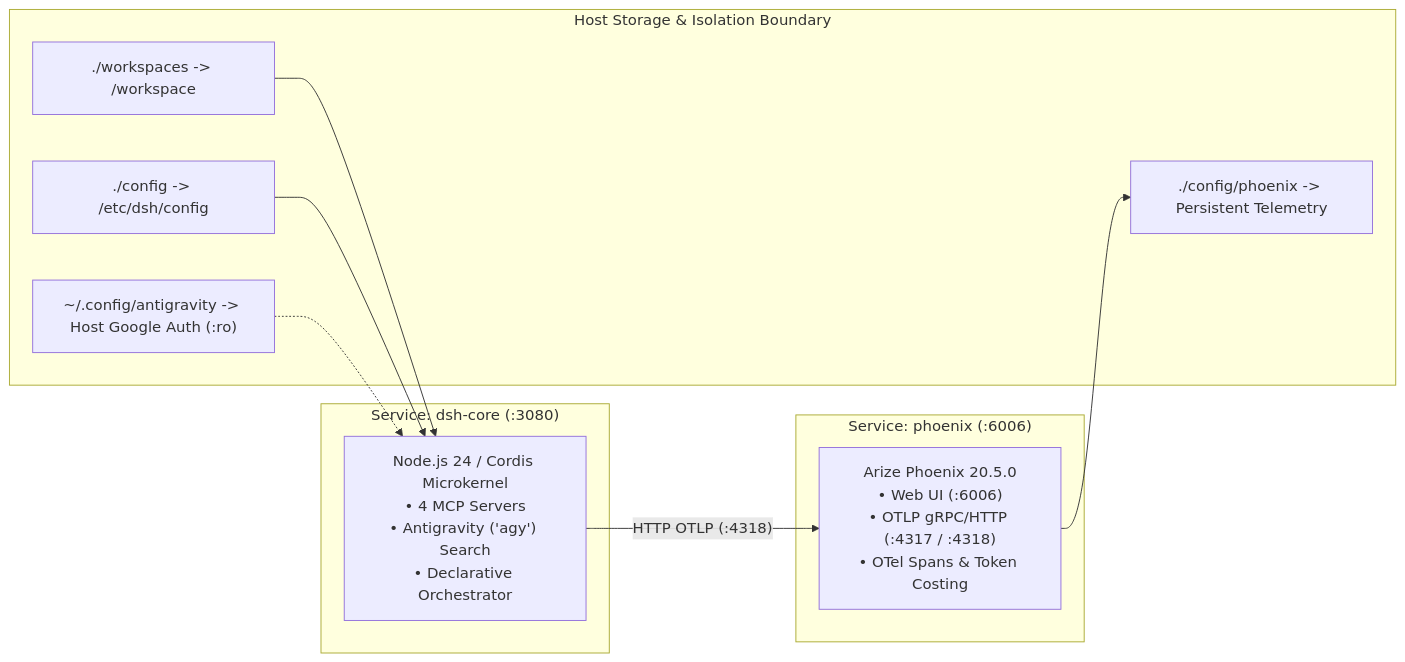
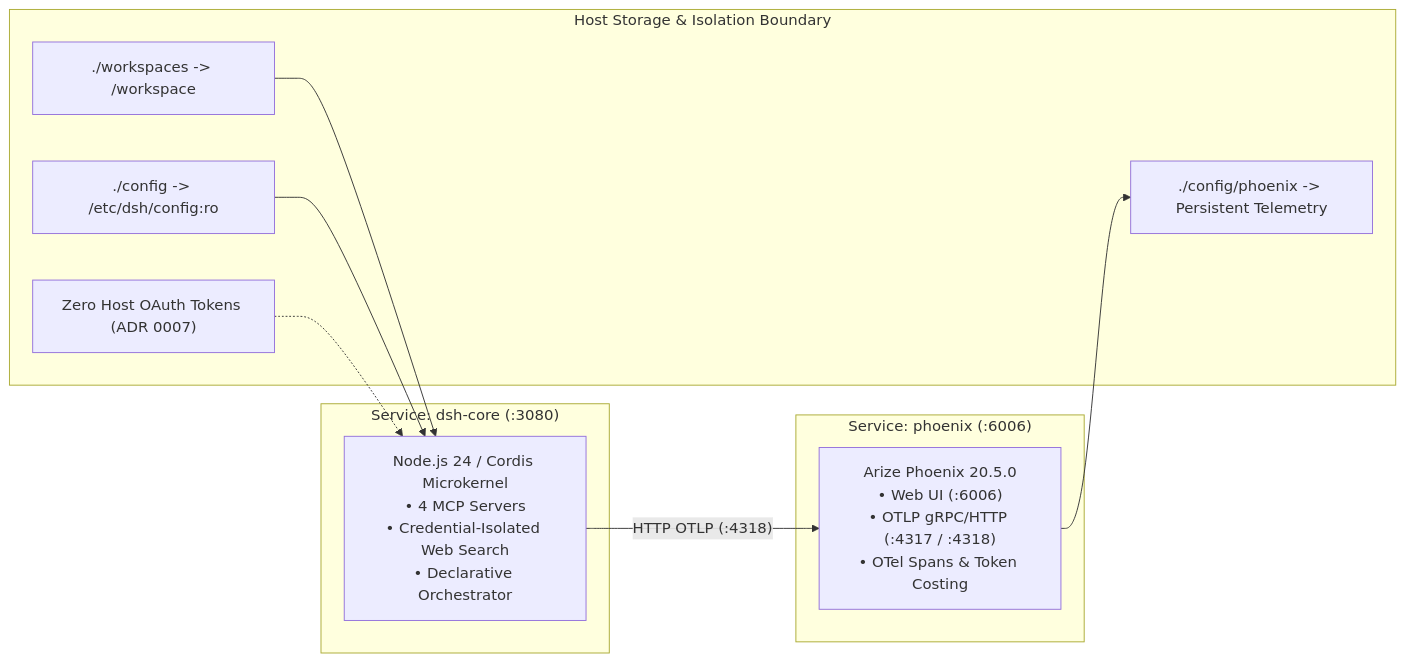
Before and after one commit to hdjebar/DSH-DDS: the diagram in docs/future-development/README.md, drawn with Mermaid. The commit also changed other lines of this file and 3 other files, not shown here.

Commit message:
docs(adr): adopt ADR 0007 rejecting in-container Antigravity CLI and enforcing credential-isolated search

````diff
--- a/docs/future-development/README.md
+++ b/docs/future-development/README.md
@@ -56,23 +56,23 @@
 ```mermaid
 graph LR
     subgraph DSHCore["Service: dsh-core (:3080)"]
-        DSHApp["Node.js 24 / Cordis Microkernel<br/>• 4 MCP Servers<br/>• Antigravity ('agy') Search<br/>• Declarative Orchestrator"]
+        DSHApp["Node.js 24 / Cordis Microkernel<br/>• 4 MCP Servers<br/>• Credential-Isolated Web Search<br/>• Declarative Orchestrator"]
     end
 
     subgraph PhoenixSvc["Service: phoenix (:6006)"]
         PhoenixApp["Arize Phoenix 20.5.0<br/>• Web UI (:6006)<br/>• OTLP gRPC/HTTP (:4317 / :4318)<br/>• OTel Spans & Token Costing"]
     end
 
     subgraph HostMounts["Host Storage & Isolation Boundary"]
         Workspaces["./workspaces -> /workspace"]
-        Config["./config -> /etc/dsh/config"]
-        Auth["~/.config/antigravity -> Host Google Auth (:ro)"]
+        Config["./config -> /etc/dsh/config:ro"]
+        IsolationBoundary["Zero Host OAuth Tokens (ADR 0007)"]
         PhoenixData["./config/phoenix -> Persistent Telemetry"]
     end
 
     DSHApp -->|"HTTP OTLP (:4318)"| PhoenixApp
     Workspaces --> DSHApp
     Config --> DSHApp
-    Auth -.-> DSHApp
+    IsolationBoundary -.-> DSHApp
     PhoenixApp --> PhoenixData
 ```
````
